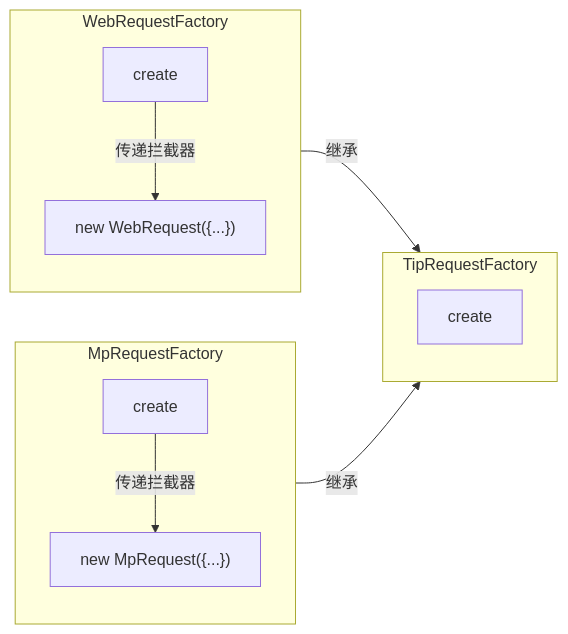
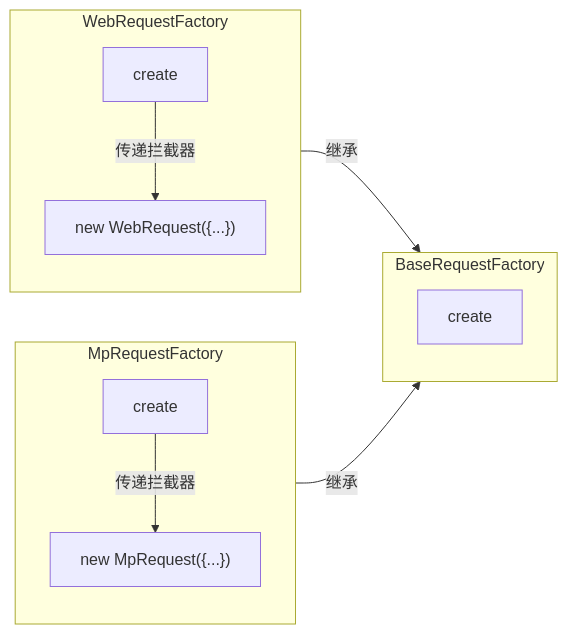
The fourth of 8 diagrams in docs/2025上/pmd-network.md (novlan1/notes), drawn with Mermaid before and after one commit. The commit also changed other lines of this file, not shown here.

````diff
--- a/docs/2025上/pmd-network.md
+++ b/docs/2025上/pmd-network.md
@@ -79,17 +79,17 @@
 ```mermaid
 graph LR
-WebRequestFactory --继承--> TipRequestFactory
-MpRequestFactory --继承--> TipRequestFactory
+WebRequestFactory --继承--> BaseRequestFactory
+MpRequestFactory --继承--> BaseRequestFactory
 
 subgraph WebRequestFactory
   createInWeb[create] --传递拦截器--> WebRequest["new WebRequest({...})"]
 end
 
 subgraph MpRequestFactory
   createInMp[create] --传递拦截器--> mpRequest["new MpRequest({...})"]
 end
 
-subgraph TipRequestFactory
+subgraph BaseRequestFactory
   createInBase[create]
 end
 ```
````
